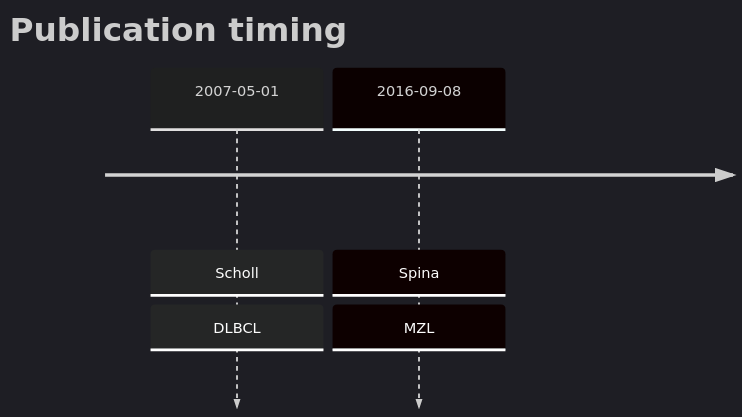
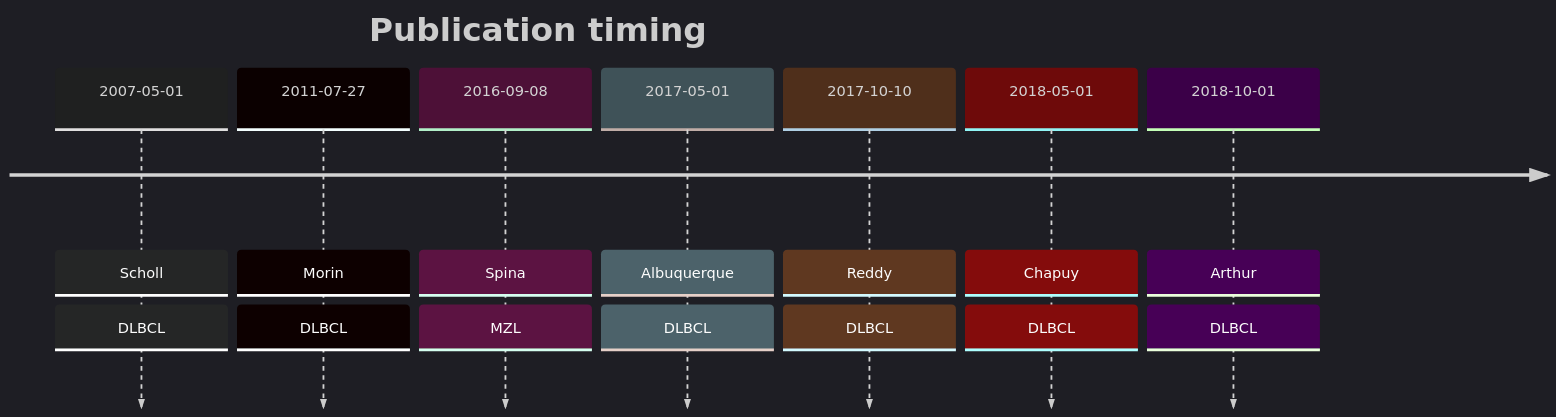
The diagram in FAS.md (morinlab/lymphopedia), drawn with Mermaid before and after one commit.

````diff
--- a/FAS.md
+++ b/FAS.md
@@ -16,7 +16,12 @@
 ```mermaid
 %%{init: { 'logLevel': 'debug', 'theme': 'dark' } }%%
 timeline
     title Publication timing
-      2007-05-01 : Scholl : DLBCL
-      2016-09-08 : Spina : MZL
+2007-05-01 : Scholl : DLBCL
+2011-07-27 : Morin : DLBCL
+2016-09-08 : Spina : MZL
+2017-05-01 : Albuquerque : DLBCL
+2017-10-10 : Reddy : DLBCL
+2018-05-01 : Chapuy : DLBCL
+2018-10-01 : Arthur : DLBCL
 ```
````
